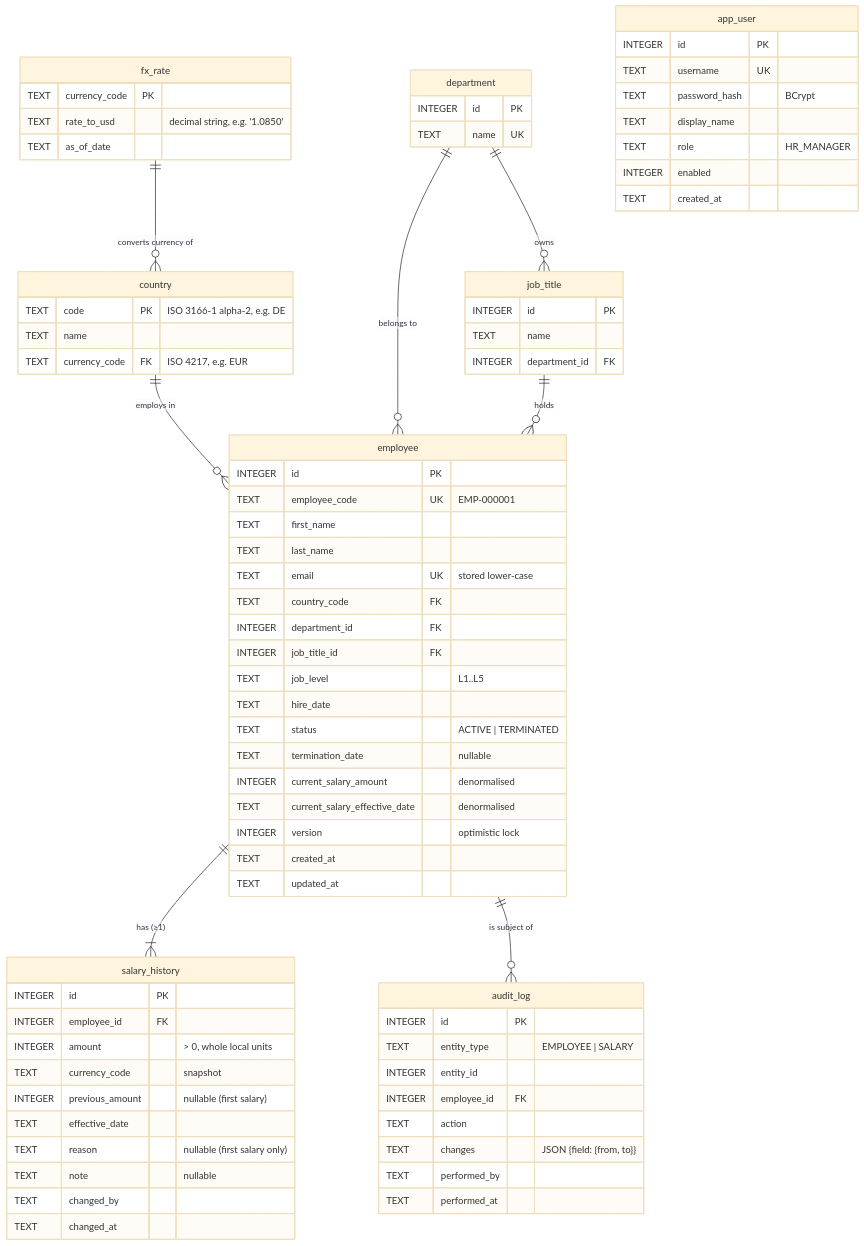
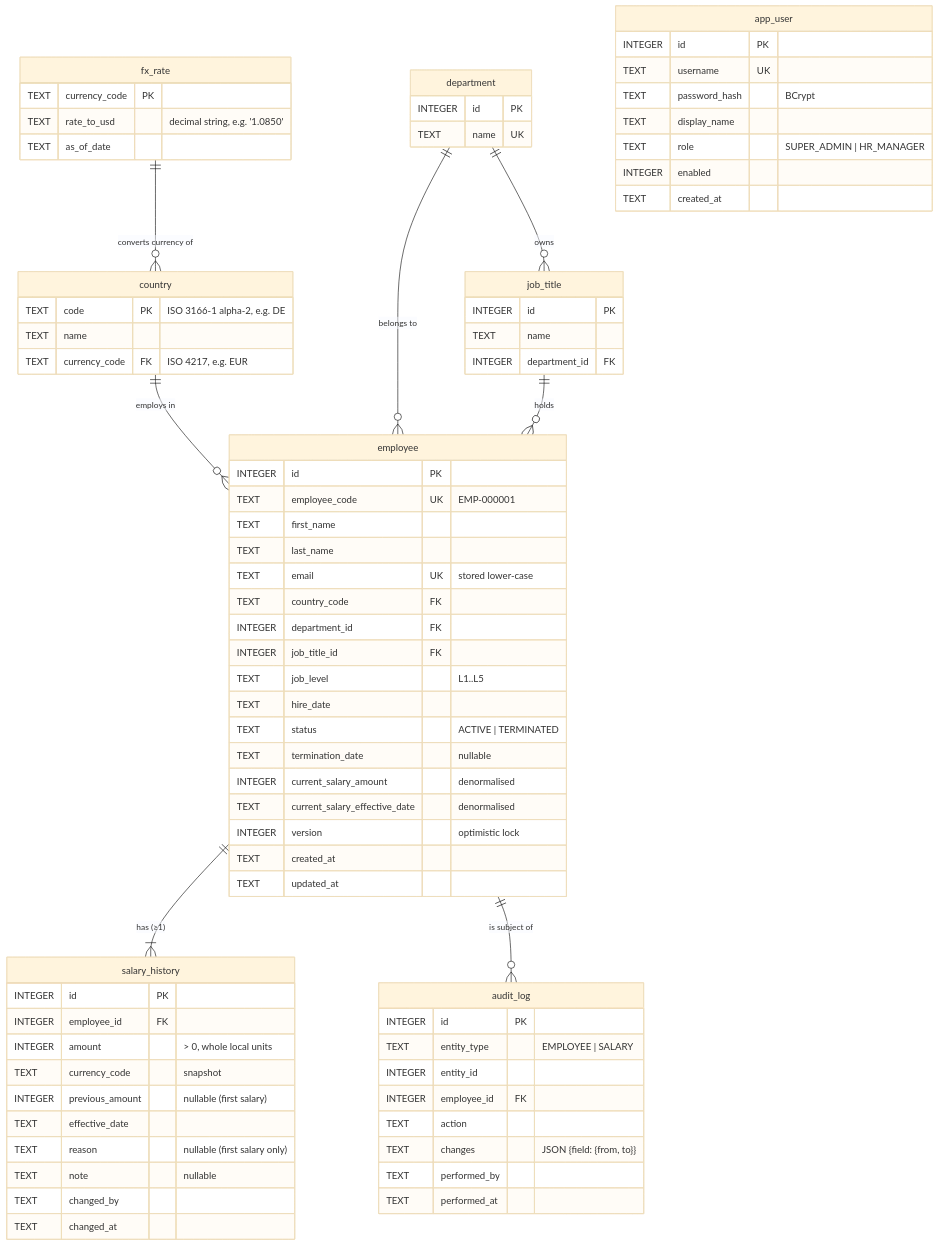
The diagram in docs/database-schema.md (neeraja-anil/acme-salary-management), drawn with Mermaid (base theme) before and after one commit. The commit also changed other lines of this file and 40 other files, not shown here.

````diff
--- a/docs/database-schema.md
+++ b/docs/database-schema.md
@@ -7,80 +7,80 @@
 ```mermaid
 erDiagram
     country     ||--o{ employee       : "employs in"
     department  ||--o{ job_title      : "owns"
     department  ||--o{ employee       : "belongs to"
     job_title   ||--o{ employee       : "holds"
     fx_rate     ||--o{ country        : "converts currency of"
     employee    ||--|{ salary_history : "has (≥1)"
     employee    ||--o{ audit_log      : "is subject of"
 
     country {
         TEXT code PK "ISO 3166-1 alpha-2, e.g. DE"
         TEXT name
         TEXT currency_code FK "ISO 4217, e.g. EUR"
     }
     fx_rate {
         TEXT currency_code PK
         TEXT rate_to_usd "decimal string, e.g. '1.0850'"
         TEXT as_of_date
     }
     department {
         INTEGER id PK
         TEXT name UK
     }
     job_title {
         INTEGER id PK
         TEXT name
         INTEGER department_id FK
     }
     employee {
         INTEGER id PK
         TEXT employee_code UK "EMP-000001"
         TEXT first_name
         TEXT last_name
         TEXT email UK "stored lower-case"
         TEXT country_code FK
         INTEGER department_id FK
         INTEGER job_title_id FK
         TEXT job_level "L1..L5"
         TEXT hire_date
         TEXT status "ACTIVE | TERMINATED"
         TEXT termination_date "nullable"
         INTEGER current_salary_amount "denormalised"
         TEXT current_salary_effective_date "denormalised"
         INTEGER version "optimistic lock"
         TEXT created_at
         TEXT updated_at
     }
     salary_history {
         INTEGER id PK
         INTEGER employee_id FK
         INTEGER amount "> 0, whole local units"
         TEXT currency_code "snapshot"
         INTEGER previous_amount "nullable (first salary)"
         TEXT effective_date
         TEXT reason "nullable (first salary only)"
         TEXT note "nullable"
         TEXT changed_by
         TEXT changed_at
     }
     audit_log {
         INTEGER id PK
         TEXT entity_type "EMPLOYEE | SALARY"
         INTEGER entity_id
         INTEGER employee_id FK
         TEXT action
         TEXT changes "JSON {field: {from, to}}"
         TEXT performed_by
         TEXT performed_at
     }
     app_user {
         INTEGER id PK
         TEXT username UK
         TEXT password_hash "BCrypt"
         TEXT display_name
-        TEXT role "HR_MANAGER"
+        TEXT role "SUPER_ADMIN | HR_MANAGER"
         INTEGER enabled
         TEXT created_at
     }
 ```
````
